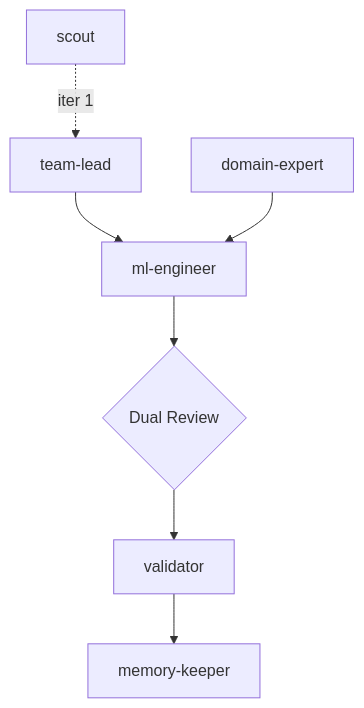
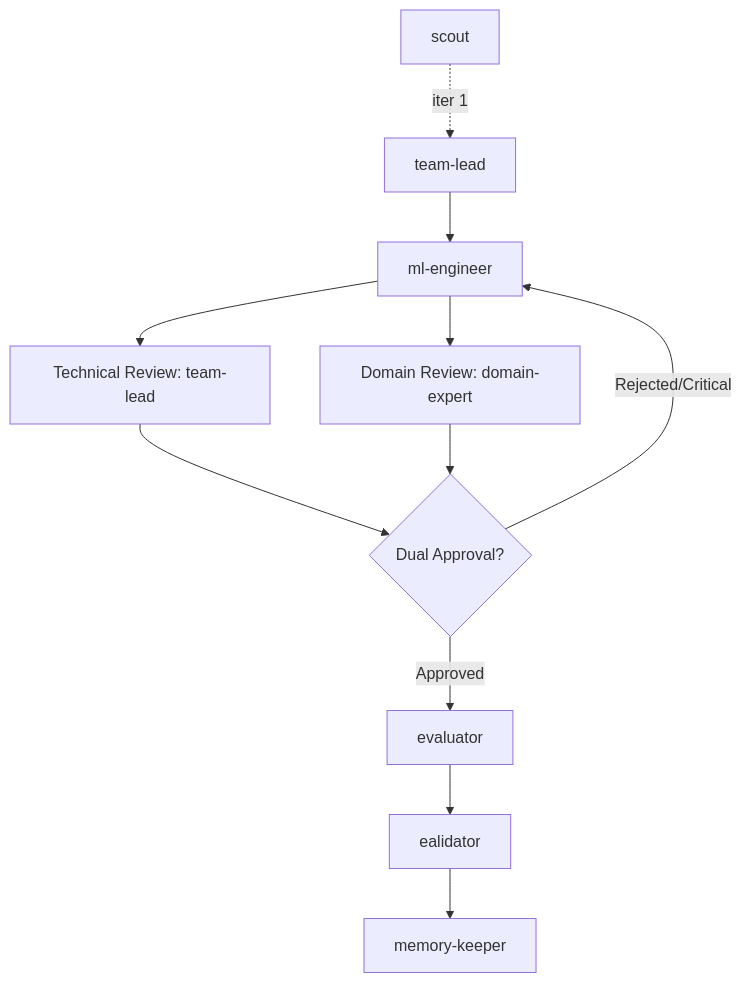
Before and after one commit to KameniAlexNea/gladius-agent: the diagram in gladius/topologies/templates/matrix.md, drawn with Mermaid. The commit also changed 6 other files, not shown here.

````diff
--- a/gladius/topologies/templates/matrix.md
+++ b/gladius/topologies/templates/matrix.md
@@ -9,9 +9,17 @@
 ```mermaid
 graph TD
     SC[scout] -.->|iter 1| TL[team-lead]
     TL --> ME[ml-engineer]
-    DE[domain-expert] --> ME
-    ME --> Approval{Dual Review}
-    Approval --> V[validator]
+    
+    ME --> TR[Technical Review: team-lead]
+    ME --> DR[Domain Review: domain-expert]
+    
+    TR --> Approval{Dual Approval?}
+    DR --> Approval
+    
+    Approval -- Approved --> EV[evaluator]
+    Approval -- Rejected/Critical --> ME
+    
+    EV --> V[ealidator]
     V --> MK[memory-keeper]
 ```
````
